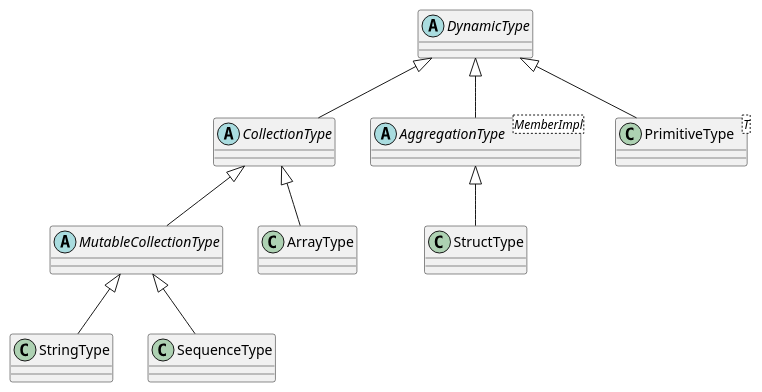
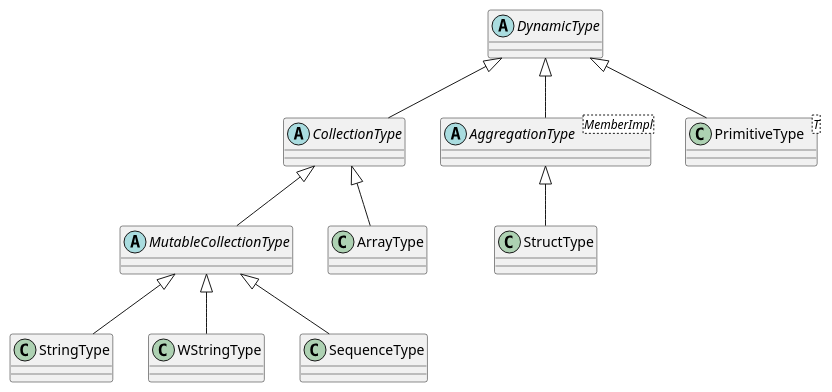
One commit to eProsima/xtypes changed the diagram in doc/dds-core-xtypes/types_inheritance.puml. Above: the diagram before and after it, drawn with PlantUML. The commit also changed 1 other file, not shown here.

```diff
--- a/doc/dds-core-xtypes/types_inheritance.puml
+++ b/doc/dds-core-xtypes/types_inheritance.puml
@@ -1,19 +1,20 @@
 @startuml
 PrimitiveType -up-|> DynamicType
 AggregationType -up-|> DynamicType
 CollectionType -up-|> DynamicType
 
 StructType -up-|> AggregationType
 
 ArrayType -up-|> CollectionType
 MutableCollectionType -up-|> CollectionType
 
 StringType -up-|> MutableCollectionType
+WStringType -up-|> MutableCollectionType
 SequenceType -up-|> MutableCollectionType
 
 abstract DynamicType
 abstract AggregationType<MemberImpl>
 abstract CollectionType
 abstract MutableCollectionType
 class PrimitiveType<T>
 @enduml
```
